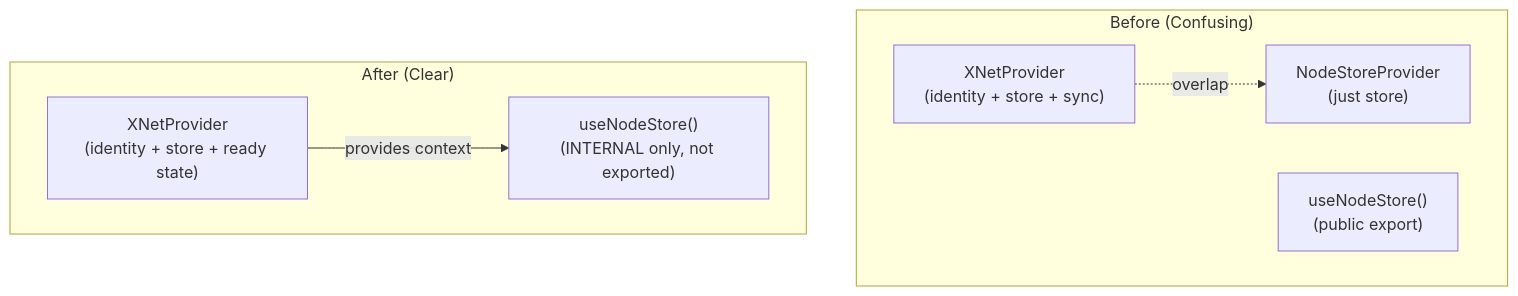
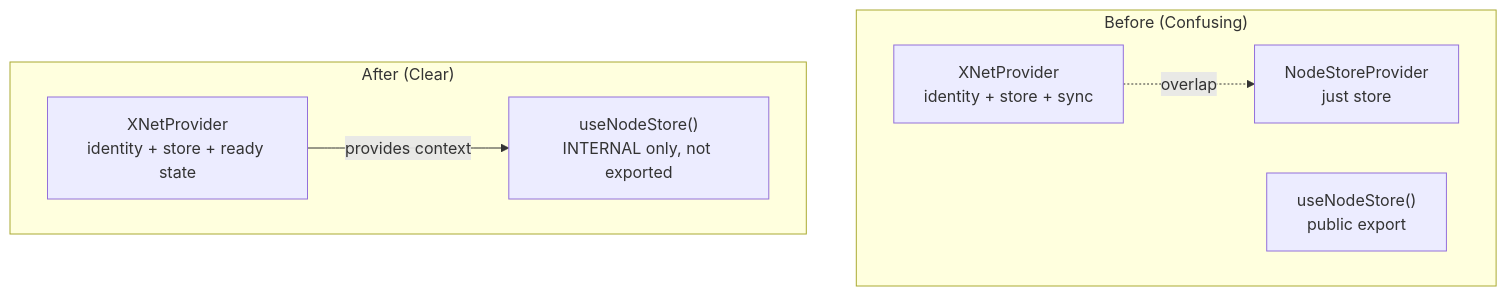
The third of 4 diagrams in docs/explorations/REACT_HOOKS_SIMPLIFICATION.md (crs48/xNet), drawn with Mermaid before and after one commit. The commit also changed 21 other files, not shown here.

First line of the commit message:
Fix Mermaid parse errors: remove parentheses in flowchart node labels after <br/> tags

````diff
--- a/docs/explorations/REACT_HOOKS_SIMPLIFICATION.md
+++ b/docs/explorations/REACT_HOOKS_SIMPLIFICATION.md
@@ -206,15 +206,15 @@
 ```mermaid
 flowchart TB
     subgraph "Before (Confusing)"
-        XP1["XNetProvider<br/>(identity + store + sync)"]
-        NSP1["NodeStoreProvider<br/>(just store)"]
-        UNS1["useNodeStore()<br/>(public export)"]
+        XP1["XNetProvider<br/>identity + store + sync"]
+        NSP1["NodeStoreProvider<br/>just store"]
+        UNS1["useNodeStore()<br/>public export"]
         XP1 -.->|"overlap"| NSP1
     end
 
     subgraph "After (Clear)"
-        XP2["XNetProvider<br/>(identity + store + ready state)"]
-        UNS2["useNodeStore()<br/>(INTERNAL only, not exported)"]
+        XP2["XNetProvider<br/>identity + store + ready state"]
+        UNS2["useNodeStore()<br/>INTERNAL only, not exported"]
         XP2 -->|"provides context"| UNS2
     end
 ```
````
